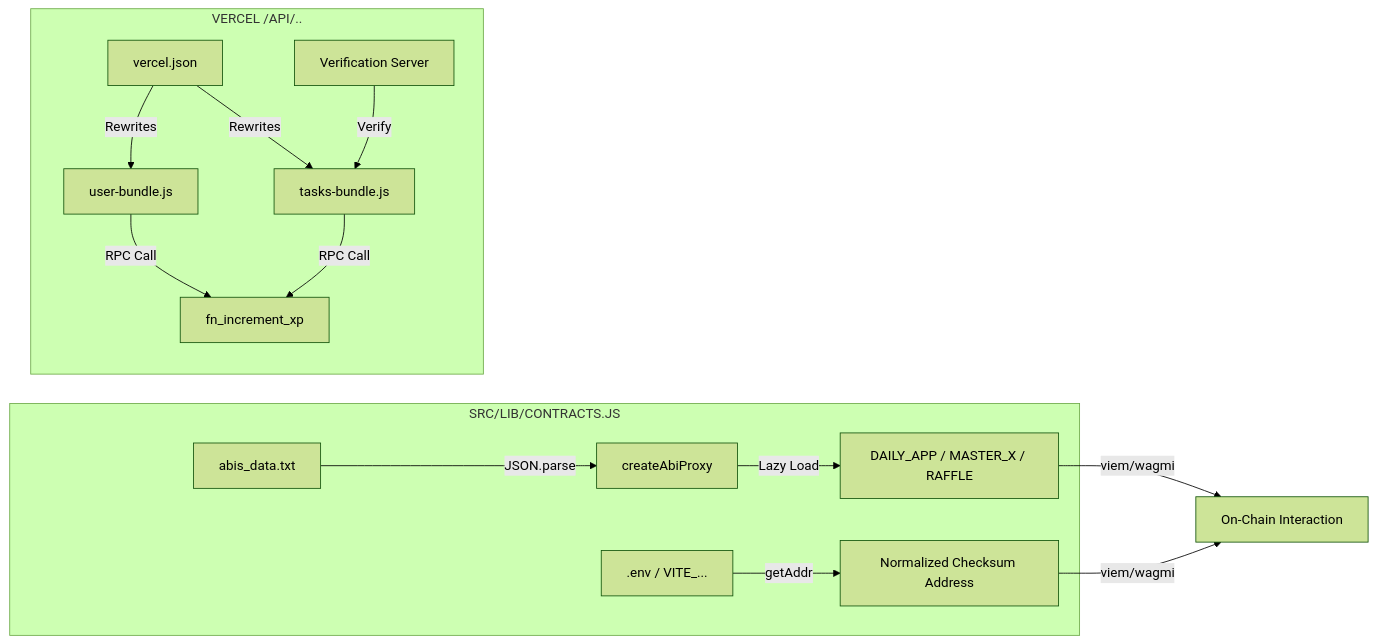
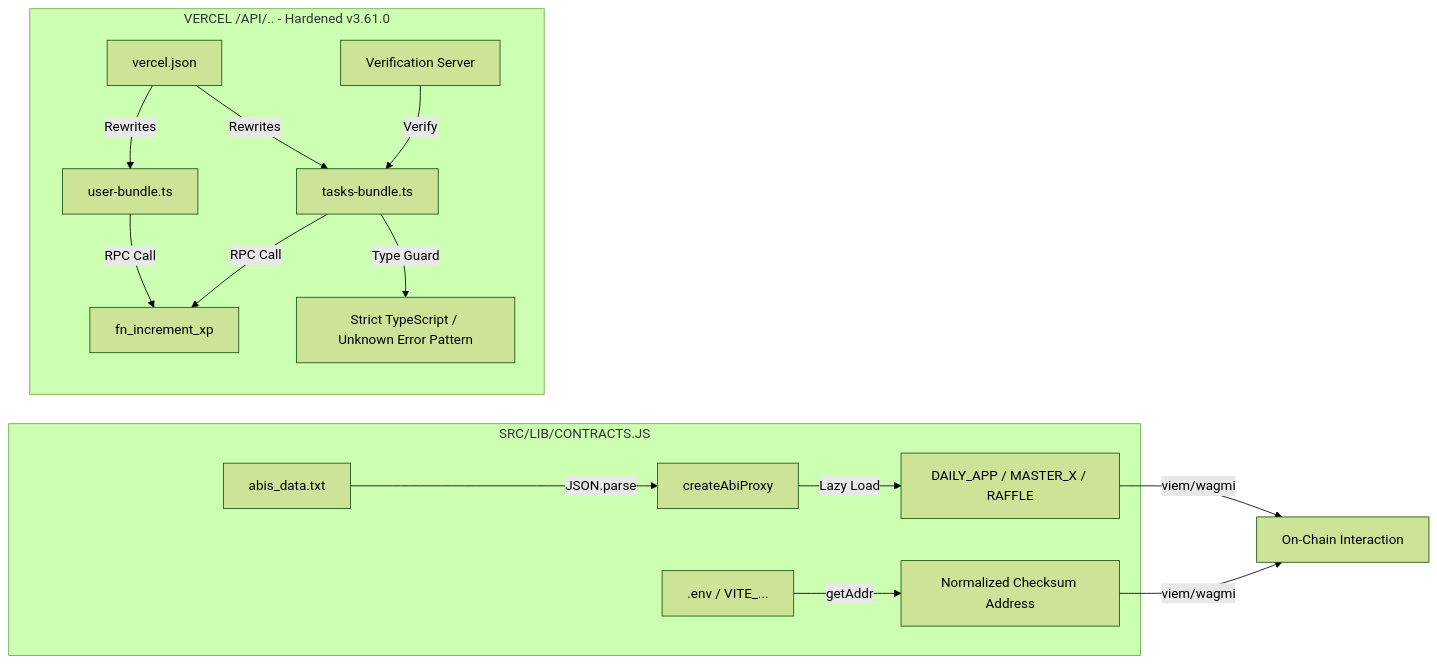
One commit to cryptodiscolab/Crypto_Discovery_App changed the fourth of 10 diagrams in .agents/MASTER_COGNITIVE_MAP.md. Above: the diagram before and after it, drawn with Mermaid (forest theme). The commit also changed other lines of this file and 4 other files, not shown here.

````diff
--- a/.agents/MASTER_COGNITIVE_MAP.md
+++ b/.agents/MASTER_COGNITIVE_MAP.md
@@ -148,19 +149,20 @@
 ```mermaid
 graph LR
     subgraph Frontend_Plumbing [SRC/LIB/CONTRACTS.JS]
         TXT[abis_data.txt] -->|JSON.parse| Proxy[createAbiProxy]
         Proxy -->|Lazy Load| ABI[DAILY_APP / MASTER_X / RAFFLE]
         ENV[.env / VITE_...] -->|getAddr| ADDR[Normalized Checksum Address]
     end
 
-    subgraph API_Plumbing [VERCEL /API/..]
-        VR[vercel.json] -->|Rewrites| TB[tasks-bundle.js]
-        VR -->|Rewrites| UB[user-bundle.js]
+    subgraph API_Plumbing [VERCEL /API/.. - Hardened v3.61.0]
+        VR[vercel.json] -->|Rewrites| TB[tasks-bundle.ts]
+        VR -->|Rewrites| UB[user-bundle.ts]
+        TB -->|Type Guard| TS[Strict TypeScript / Unknown Error Pattern]
         TB -->|RPC Call| PG[fn_increment_xp]
         UB -->|RPC Call| PG
         VS[Verification Server] -->|Verify| TB
     end
 
     ABI -->|viem/wagmi| Connect[On-Chain Interaction]
     ADDR -->|viem/wagmi| Connect
 ```
````
